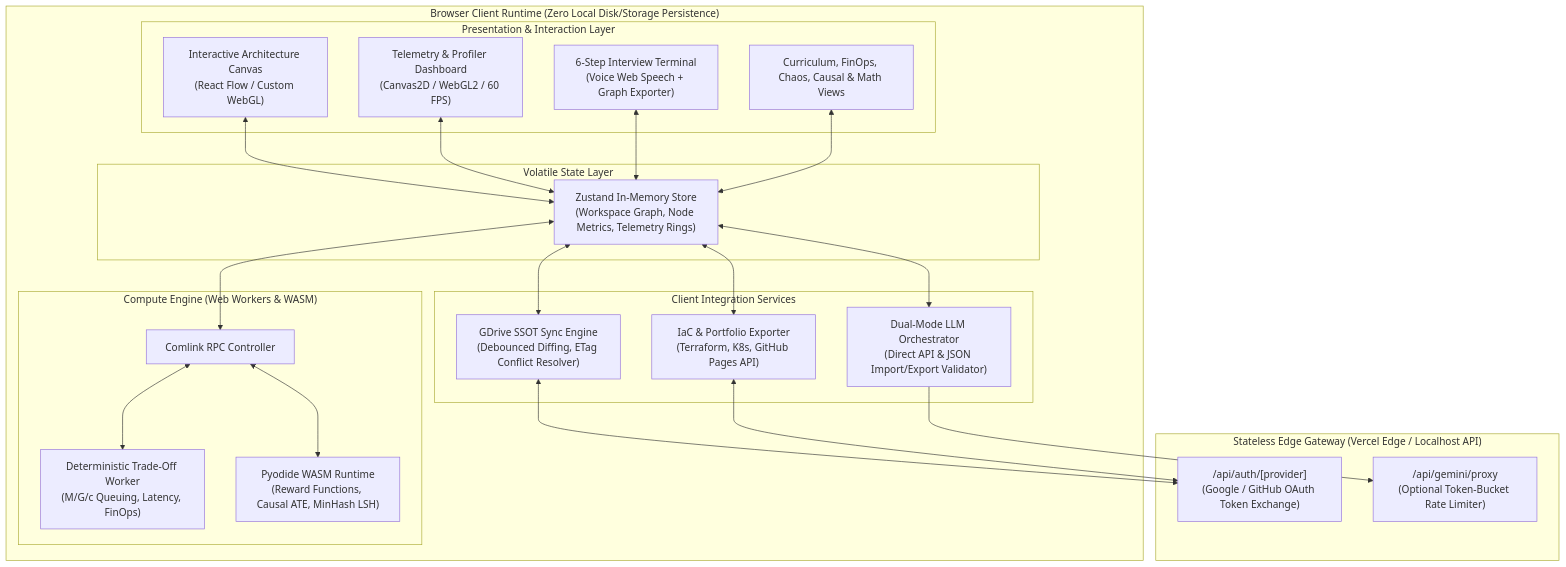
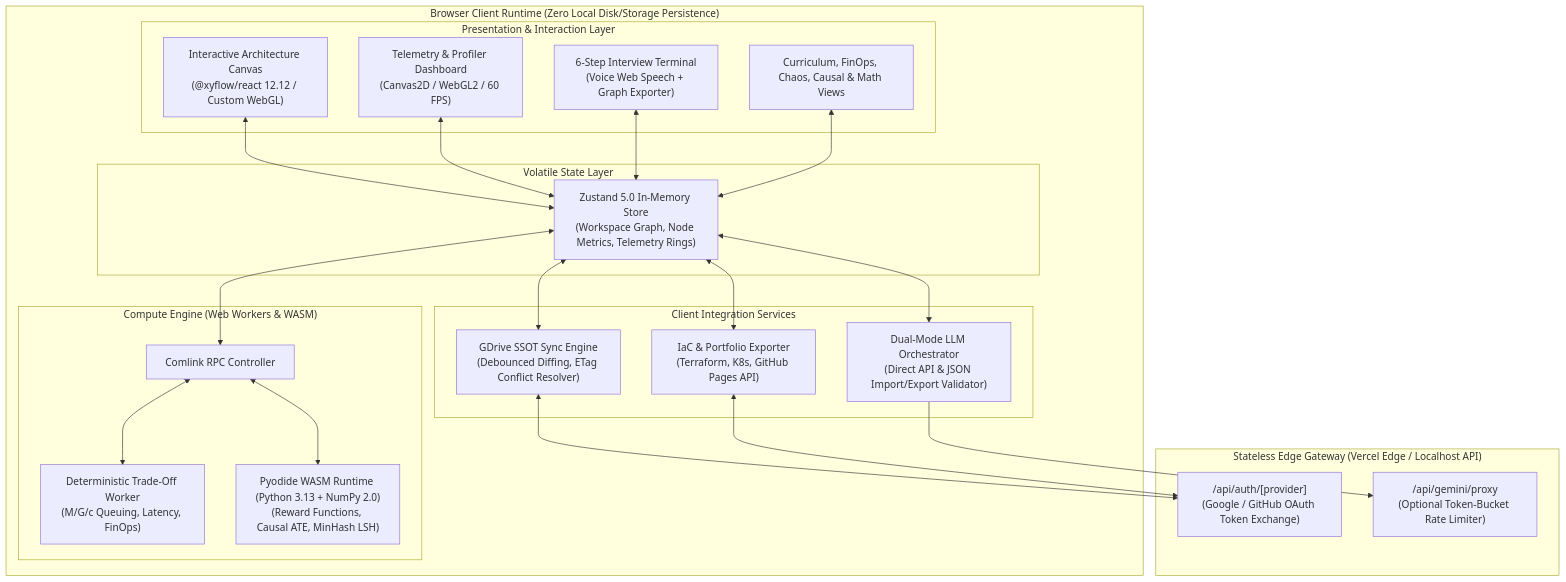
One commit to Strider221B/ml-sys-design changed the second of 5 diagrams in documentation/design/detailed/00_overview_and_architecture.md. Above: the diagram before and after it, drawn with Mermaid. The commit also changed other lines of this file and 39 other files, not shown here.

````diff
--- a/documentation/design/detailed/00_overview_and_architecture.md
+++ b/documentation/design/detailed/00_overview_and_architecture.md
@@ -84,49 +84,49 @@
 ```mermaid
 graph TB
     subgraph Browser_Runtime["Browser Client Runtime (Zero Local Disk/Storage Persistence)"]
         subgraph UI_Presentation["Presentation & Interaction Layer"]
-            CanvasUI["Interactive Architecture Canvas\n(React Flow / Custom WebGL)"]
+            CanvasUI["Interactive Architecture Canvas\n(@xyflow/react 12.12 / Custom WebGL)"]
             TelemetryUI["Telemetry & Profiler Dashboard\n(Canvas2D / WebGL2 / 60 FPS)"]
             InterviewUI["6-Step Interview Terminal\n(Voice Web Speech + Graph Exporter)"]
             ModuleViews["Curriculum, FinOps, Chaos, Causal & Math Views"]
         end
 
         subgraph In_Memory_Store["Volatile State Layer"]
-            RAMStore["Zustand In-Memory Store\n(Workspace Graph, Node Metrics, Telemetry Rings)"]
+            RAMStore["Zustand 5.0 In-Memory Store\n(Workspace Graph, Node Metrics, Telemetry Rings)"]
         end
 
         subgraph Worker_Pool["Compute Engine (Web Workers & WASM)"]
             WorkerRPC["Comlink RPC Controller"]
             SimWorker["Deterministic Trade-Off Worker\n(M/G/c Queuing, Latency, FinOps)"]
-            PyodideWorker["Pyodide WASM Runtime\n(Reward Functions, Causal ATE, MinHash LSH)"]
+            PyodideWorker["Pyodide WASM Runtime (Python 3.13 + NumPy 2.0)\n(Reward Functions, Causal ATE, MinHash LSH)"]
         end
 
         subgraph Client_Services["Client Integration Services"]
             GDriveSync["GDrive SSOT Sync Engine\n(Debounced Diffing, ETag Conflict Resolver)"]
             LLMOrch["Dual-Mode LLM Orchestrator\n(Direct API & JSON Import/Export Validator)"]
             ExportService["IaC & Portfolio Exporter\n(Terraform, K8s, GitHub Pages API)"]
         end
     end
 
     subgraph Serverless_Edge_Layer["Stateless Edge Gateway (Vercel Edge / Localhost API)"]
         AuthRoutes["/api/auth/[provider]\n(Google / GitHub OAuth Token Exchange)"]
         RateProxy["/api/gemini/proxy\n(Optional Token-Bucket Rate Limiter)"]
     end
 
     CanvasUI <--> RAMStore
     TelemetryUI <--> RAMStore
     InterviewUI <--> RAMStore
     ModuleViews <--> RAMStore
 
     RAMStore <--> WorkerRPC
     WorkerRPC <--> SimWorker
     WorkerRPC <--> PyodideWorker
 
     RAMStore <--> GDriveSync
     RAMStore <--> LLMOrch
     RAMStore <--> ExportService
 
     GDriveSync <--> AuthRoutes
     ExportService <--> AuthRoutes
     LLMOrch --> RateProxy
 ```
````
